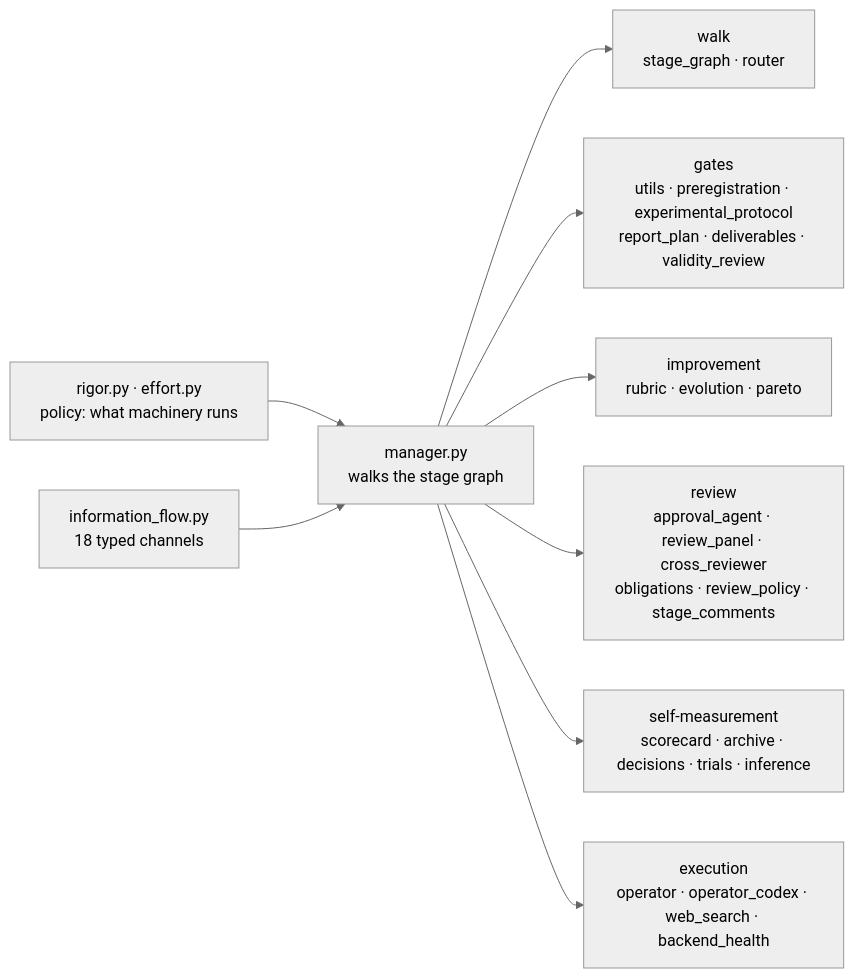
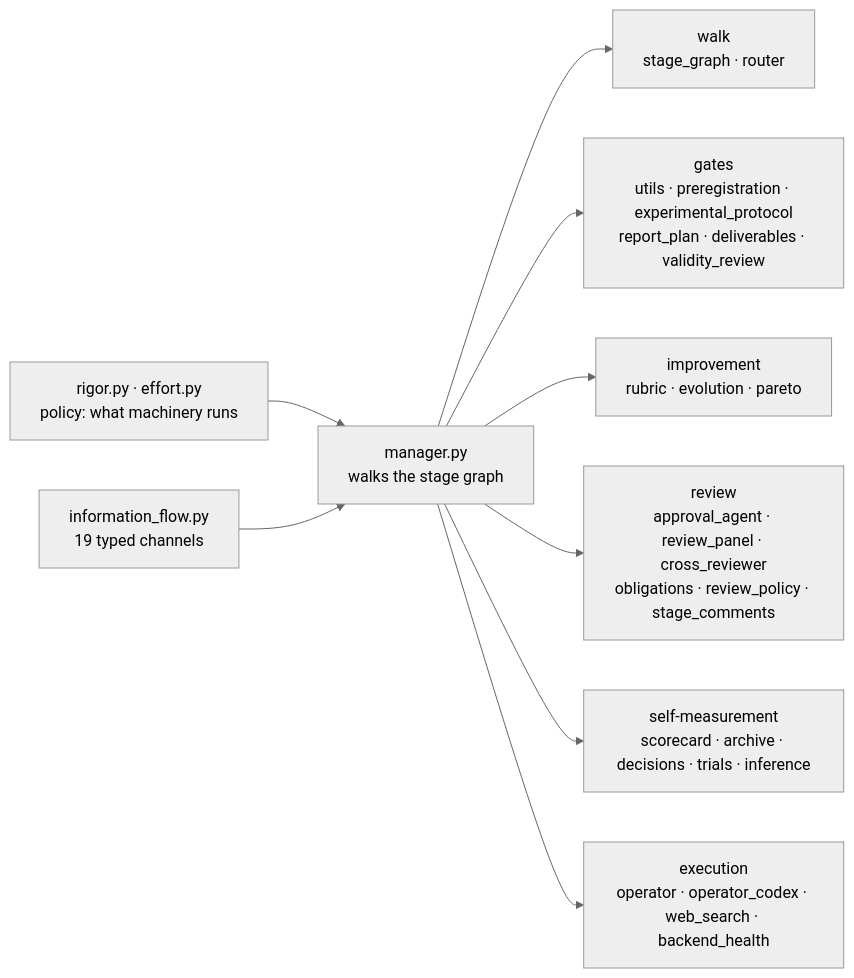
Before and after one commit to tangxiangru/AutoR: the second of 2 diagrams in README.md, drawn with Mermaid (neutral theme). The commit also changed other lines of this file and 8 other files, not shown here.

````diff
--- a/README.md
+++ b/README.md
@@ -742,11 +742,11 @@
 ```mermaid
 flowchart LR
     P[rigor.py · effort.py<br/>policy: what machinery runs] --> M
-    C[information_flow.py<br/>18 typed channels] --> M
+    C[information_flow.py<br/>19 typed channels] --> M
     M[manager.py<br/>walks the stage graph] --> W[walk<br/>stage_graph · router]
     M --> G[gates<br/>utils · preregistration · experimental_protocol<br/>report_plan · deliverables · validity_review]
     M --> I[improvement<br/>rubric · evolution · pareto]
     M --> R[review<br/>approval_agent · review_panel · cross_reviewer<br/>obligations · review_policy · stage_comments]
     M --> S[self-measurement<br/>scorecard · archive · decisions · trials · inference]
     M --> X[execution<br/>operator · operator_codex · web_search · backend_health]
 ```
````
